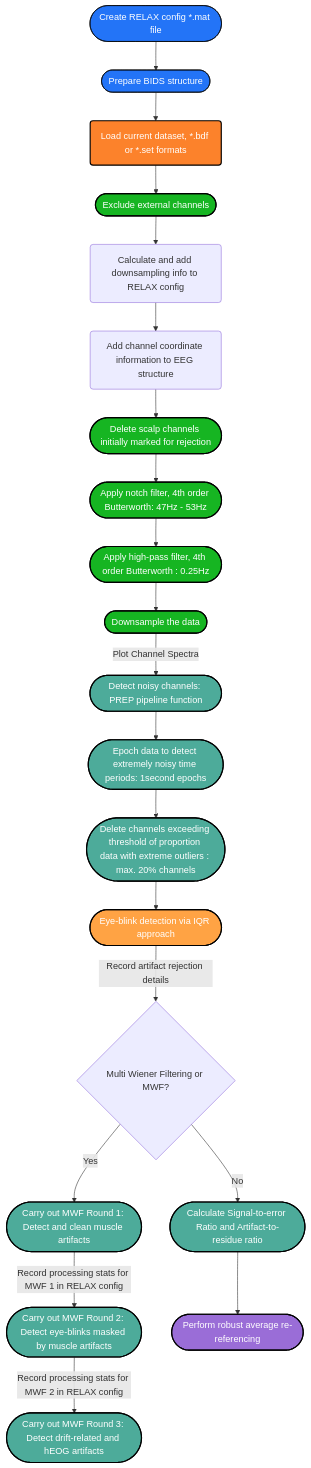
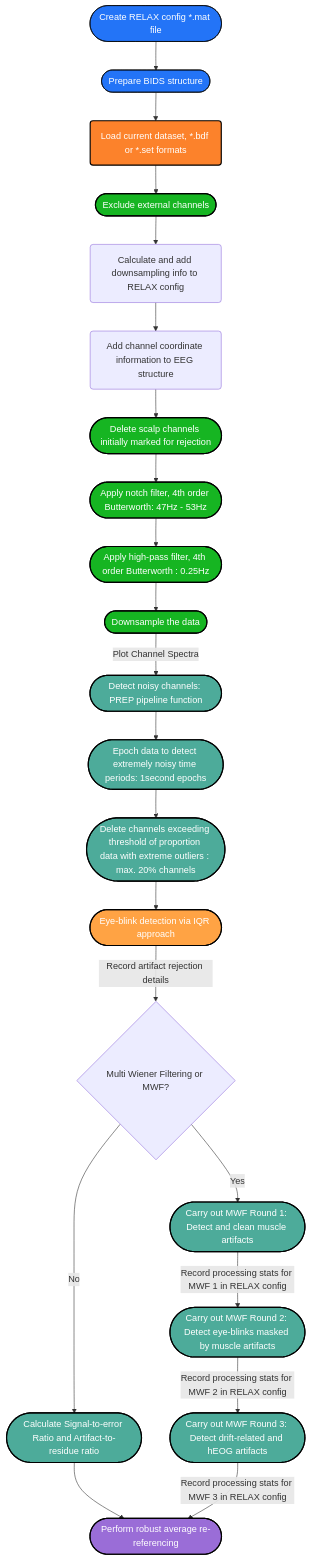
One commit to deebeebolger/Project_CeLaVie changed the diagram in Pipeline_Datafow_Chart.md. Above: the diagram before and after it, drawn with Mermaid.

````diff
--- a/Pipeline_Datafow_Chart.md
+++ b/Pipeline_Datafow_Chart.md
@@ -3,48 +3,49 @@
 ```mermaid
 flowchart TD
 %% Colors %%
 
 classDef blue fill:#2374f7, stroke:#000, stroke-width: px, color:#fff
 classDef orange fill:#fc822b,stroke:#000,stroke-width:2px,color:#fff
 classDef green fill:#16b522,stroke:#000,stroke-width:2px,color:#fff
 classDef mintgreen fill:#4DAB9A,stroke:#000,stroke-width:2px,color:#fff
 classDef mandarine fill:#FFA344,stroke:#000,stroke-width:2px,color:#fff
 classDef aubergine fill:#9A6DD7,stroke:#000,stroke-width:2px,color:#fff
 classDef red fill:#D44C47,stroke:#000,stroke-width:2px,color:#fff
 classDef grey fill:#979A9B,stroke:#000,stroke-width:2px,color:#fff
 
 
 Config([Create RELAX config *.mat file]):::blue -->
 BIDS([Prepare BIDS structure]):::blue
 click Config "https://github.com/deebeebolger/Project_CeLaVie/blob/main/DataflowChart_pages/Create_RELAX_conf_file.md" "Link"
 click BIDS "https://github.com/deebeebolger/Project_CeLaVie/blob/main/DataflowChart_pages/BIDS_structure.md" "Link"
 BIDS --> Ld(Load current dataset, *.bdf or *.set formats):::orange
 --> EXRej([Exclude external channels]):::green
 click EXRej "https://github.com/deebeebolger/Project_CeLaVie/blob/main/DataflowChart_pages/Exclude_external_chans.md" _blank
 EXRej --> AddRS(Calculate and add downsampling info to RELAX config)
 click AddRS "https://github.com/deebeebolger/Project_CeLaVie/blob/main/DataflowChart_pages/Downsampling.md" "Link"
 AddRS --> AddChan(Add channel coordinate information to EEG structure)
 click AddChan "https://github.com/deebeebolger/Project_CeLaVie/blob/main/DataflowChart_pages/Add_Channels_coordinates.md" "Link"
 AddChan --> ScalpRej([Delete scalp channels initially marked for rejection]):::green
 ScalpRej --> Notch([Apply notch filter, 4th order Butterworth: 47Hz - 53Hz]):::green
 Notch --> HPfilt([Apply high-pass filter, 4th order Butterworth : 0.25Hz]):::green
 HPfilt --> RSamp([Downsample the data]):::green
 click Notch "https://github.com/deebeebolger/Project_CeLaVie/blob/main/DataflowChart_pages/Filtering.md" "Link"
 click HPfilt "https://github.com/deebeebolger/Project_CeLaVie/blob/main/DataflowChart_pages/Filtering.md" "Link"
 RSamp -->|Plot Channel Spectra|Prep([Detect noisy channels: PREP pipeline function]):::mintgreen
 Prep --> EpClean([Epoch data to detect extremely noisy time periods: 1second epochs]):::mintgreen
 click Prep "https://github.com/deebeebolger/Project_CeLaVie/blob/main/DataflowChart_pages/BadChannelDetect_PREP.md" "Link"
 click EpClean "https://github.com/deebeebolger/Project_CeLaVie/blob/main/DataflowChart_pages/Bad_ChannelTime_Detect_MAD.md" "Link"
 EpClean --> DelChans([Delete channels exceeding threshold of proportion data with extreme outliers : max. 20% channels]):::mintgreen
 click DelChans "https://github.com/deebeebolger/Project_CeLaVie/blob/main/DataflowChart_pages/Bad_ChannelTime_Detect_MAD.md" "Link"
 DelChans --> Blink([Eye-blink detection via IQR approach]):::mandarine
 Blink -->|Record artifact rejection details|SerArrChoice{Multi Wiener Filtering or MWF?}
 click Blink "https://github.com/deebeebolger/Project_CeLaVie/blob/main/DataflowChart_pages/EyeBlink_detection.md" "Link"
 SerArrChoice -->|No|DoSerArr([Calculate Signal-to-error Ratio and Artifact-to-residue ratio]):::mintgreen
 SerArrChoice -->|Yes| MWF1([Carry out MWF Round 1: Detect and clean muscle artifacts]):::mintgreen
 MWF1 -->|Record processing stats for MWF 1 in RELAX config| MWF2([Carry out MWF Round 2: Detect eye-blinks masked by muscle artifacts]):::mintgreen;
 click MWF1 "https://github.com/deebeebolger/Project_CeLaVie/blob/main/DataflowChart_pages/Multichannel_WTF_round1.md" "Link"
 MWF2 --> |Record processing stats for MWF 2 in RELAX config| MWF3([Carry out MWF Round 3: Detect drift-related and hEOG artifacts]):::mintgreen
 click MWF2 "https://github.com/deebeebolger/Project_CeLaVie/blob/main/DataflowChart_pages/Multichannel_MWF_round2.md" "Link"
 DoSerArr --> Reref([Perform robust average re-referencing]):::aubergine
+MWF3 -->|Record processing stats for MWF 3 in RELAX config| Reref:::aubergine
 ```
````
